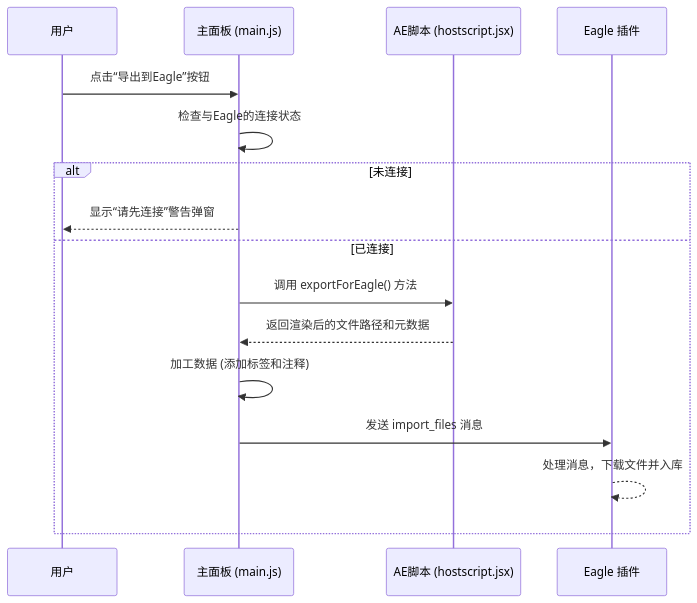
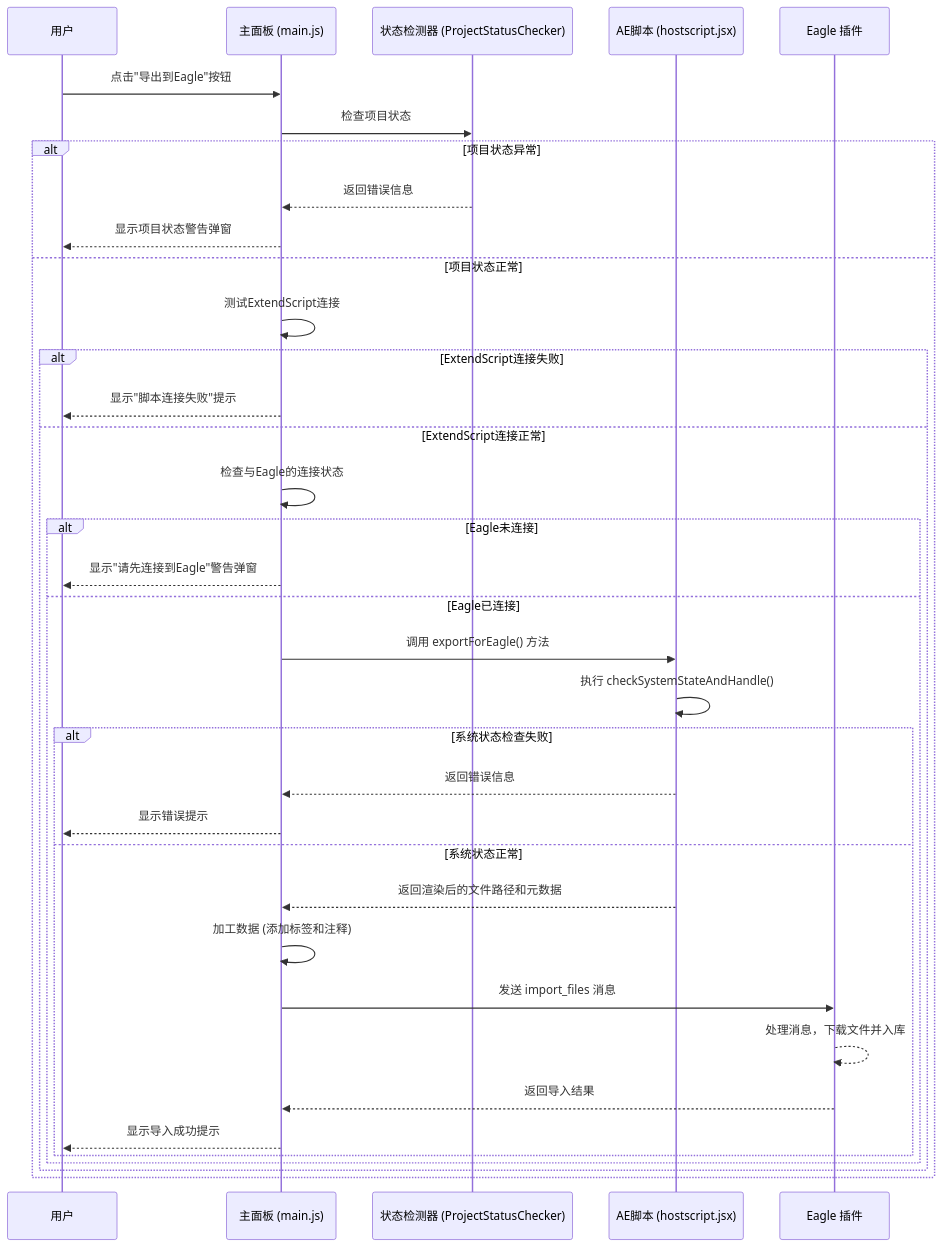
One commit to yancongya/Eagle2Ae changed the diagram in docs/AE/panel-functions/export-to-eagle.md. Above: the diagram before and after it, drawn with Mermaid. The commit also changed other lines of this file and 19 other files, not shown here.

````diff
--- a/docs/AE/panel-functions/export-to-eagle.md
+++ b/docs/AE/panel-functions/export-to-eagle.md
@@ -11,19 +54,45 @@
 ```mermaid
 sequenceDiagram
     participant User as 用户
     participant Panel as 主面板 (main.js)
+    participant Checker as 状态检测器 (ProjectStatusChecker)
     participant JSX as AE脚本 (hostscript.jsx)
     participant Eagle as Eagle 插件
 
-    User->>Panel: 点击“导出到Eagle”按钮
-    Panel->>Panel: 检查与Eagle的连接状态
-    alt 未连接
-        Panel-->>User: 显示“请先连接”警告弹窗
-    else 已连接
-        Panel->>JSX: 调用 exportForEagle() 方法
-        JSX-->>Panel: 返回渲染后的文件路径和元数据
-        Panel->>Panel: 加工数据 (添加标签和注释)
-        Panel->>Eagle: 发送 import_files 消息
-        Eagle-->>Eagle: 处理消息，下载文件并入库
+    User->>Panel: 点击"导出到Eagle"按钮
+    
+    %% 项目状态检测
+    Panel->>Checker: 检查项目状态
+    alt 项目状态异常
+        Checker-->>Panel: 返回错误信息
+        Panel-->>User: 显示项目状态警告弹窗
+    else 项目状态正常
+        
+        %% ExtendScript连接检测
+        Panel->>Panel: 测试ExtendScript连接
+        alt ExtendScript连接失败
+            Panel-->>User: 显示"脚本连接失败"提示
+        else ExtendScript连接正常
+            
+            %% Eagle连接检测
+            Panel->>Panel: 检查与Eagle的连接状态
+            alt Eagle未连接
+                Panel-->>User: 显示"请先连接到Eagle"警告弹窗
+            else Eagle已连接
+                Panel->>JSX: 调用 exportForEagle() 方法
+                JSX->>JSX: 执行 checkSystemStateAndHandle()
+                alt 系统状态检查失败
+                    JSX-->>Panel: 返回错误信息
+                    Panel-->>User: 显示错误提示
+                else 系统状态正常
+                    JSX-->>Panel: 返回渲染后的文件路径和元数据
+                    Panel->>Panel: 加工数据 (添加标签和注释)
+                    Panel->>Eagle: 发送 import_files 消息
+                    Eagle-->>Eagle: 处理消息，下载文件并入库
+                    Eagle-->>Panel: 返回导入结果
+                    Panel-->>User: 显示导入成功提示
+                end
+            end
+        end
     end
 ```
````
